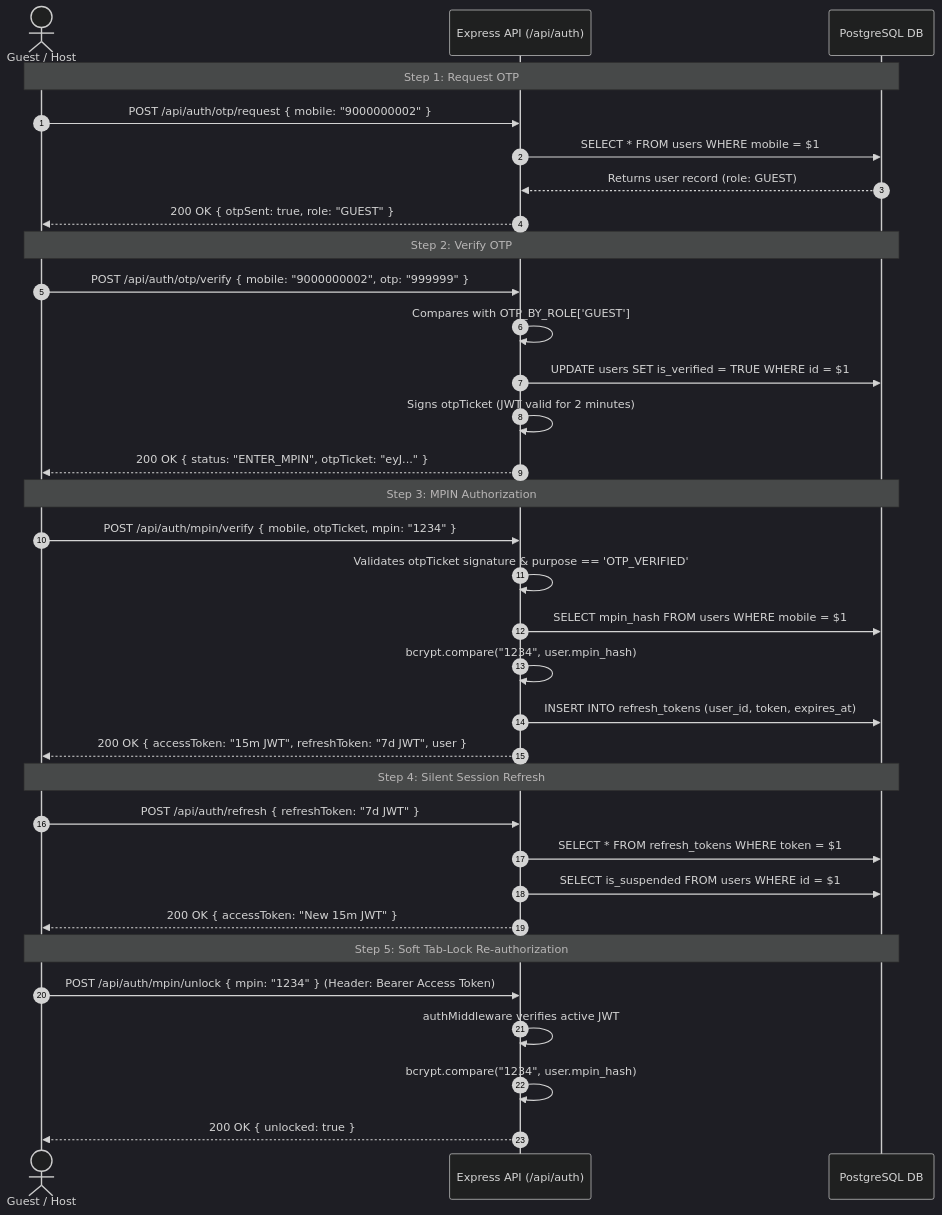
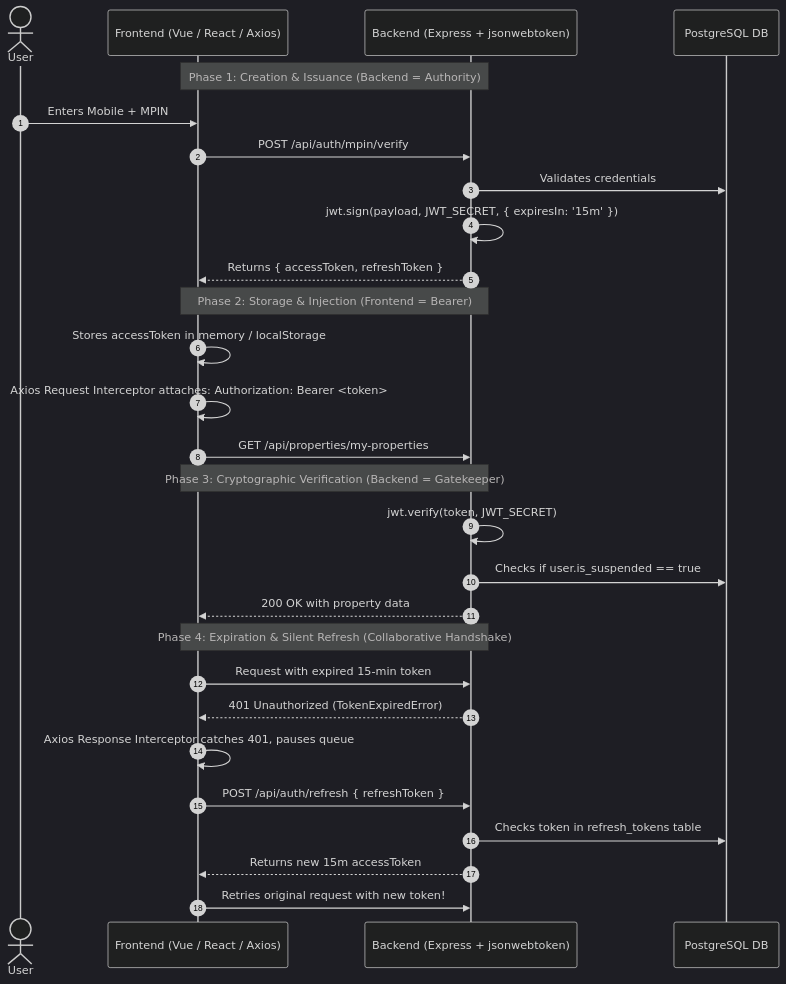
One commit to omkarswami20/VistoraServer changed the first of 6 diagrams in SYSTEM_FLOW_AND_ARCHITECTURE.md. Above: the diagram before and after it, drawn with Mermaid (dark theme). The commit also changed other lines of this file and 1 other file, not shown here.

````diff
--- a/SYSTEM_FLOW_AND_ARCHITECTURE.md
+++ b/SYSTEM_FLOW_AND_ARCHITECTURE.md
@@ -98,40 +104,34 @@
 ```mermaid
 sequenceDiagram
     autonumber
-    actor User as Guest / Host
-    participant API as Express API (/api/auth)
+    actor User as User
+    participant FE as Frontend (Vue / React / Axios)
+    participant BE as Backend (Express + jsonwebtoken)
     participant DB as PostgreSQL DB
 
-    Note over User,DB: Step 1: Request OTP
-    User->>API: POST /api/auth/otp/request { mobile: "9000000002" }
-    API->>DB: SELECT * FROM users WHERE mobile = $1
-    DB-->>API: Returns user record (role: GUEST)
-    API-->>User: 200 OK { otpSent: true, role: "GUEST" }
+    Note over FE,BE: Phase 1: Creation & Issuance (Backend = Authority)
+    User->>FE: Enters Mobile + MPIN
+    FE->>BE: POST /api/auth/mpin/verify
+    BE->>DB: Validates credentials
+    BE->>BE: jwt.sign(payload, JWT_SECRET, { expiresIn: '15m' })
+    BE-->>FE: Returns { accessToken, refreshToken }
 
-    Note over User,DB: Step 2: Verify OTP
-    User->>API: POST /api/auth/otp/verify { mobile: "9000000002", otp: "999999" }
-    API->>API: Compares with OTP_BY_ROLE['GUEST']
-    API->>DB: UPDATE users SET is_verified = TRUE WHERE id = $1
-    API->>API: Signs otpTicket (JWT valid for 2 minutes)
-    API-->>User: 200 OK { status: "ENTER_MPIN", otpTicket: "eyJ..." }
+    Note over FE,BE: Phase 2: Storage & Injection (Frontend = Bearer)
+    FE->>FE: Stores accessToken in memory / localStorage
+    FE->>FE: Axios Request Interceptor attaches: Authorization: Bearer <token>
+    FE->>BE: GET /api/properties/my-properties
 
-    Note over User,DB: Step 3: MPIN Authorization
-    User->>API: POST /api/auth/mpin/verify { mobile, otpTicket, mpin: "1234" }
-    API->>API: Validates otpTicket signature & purpose == 'OTP_VERIFIED'
-    API->>DB: SELECT mpin_hash FROM users WHERE mobile = $1
-    API->>API: bcrypt.compare("1234", user.mpin_hash)
-    API->>DB: INSERT INTO refresh_tokens (user_id, token, expires_at)
-    API-->>User: 200 OK { accessToken: "15m JWT", refreshToken: "7d JWT", user }
+    Note over FE,BE: Phase 3: Cryptographic Verification (Backend = Gatekeeper)
+    BE->>BE: jwt.verify(token, JWT_SECRET)
+    BE->>DB: Checks if user.is_suspended == true
+    BE-->>FE: 200 OK with property data
 
-    Note over User,DB: Step 4: Silent Session Refresh
-    User->>API: POST /api/auth/refresh { refreshToken: "7d JWT" }
-    API->>DB: SELECT * FROM refresh_tokens WHERE token = $1
-    API->>DB: SELECT is_suspended FROM users WHERE id = $1
-    API-->>User: 200 OK { accessToken: "New 15m JWT" }
-
-    Note over User,DB: Step 5: Soft Tab-Lock Re-authorization
-    User->>API: POST /api/auth/mpin/unlock { mpin: "1234" } (Header: Bearer Access Token)
-    API->>API: authMiddleware verifies active JWT
-    API->>API: bcrypt.compare("1234", user.mpin_hash)
-    API-->>User: 200 OK { unlocked: true }
+    Note over FE,BE: Phase 4: Expiration & Silent Refresh (Collaborative Handshake)
+    FE->>BE: Request with expired 15-min token
+    BE-->>FE: 401 Unauthorized (TokenExpiredError)
+    FE->>FE: Axios Response Interceptor catches 401, pauses queue
+    FE->>BE: POST /api/auth/refresh { refreshToken }
+    BE->>DB: Checks token in refresh_tokens table
+    BE-->>FE: Returns new 15m accessToken
+    FE->>BE: Retries original request with new token!
 ```
````
